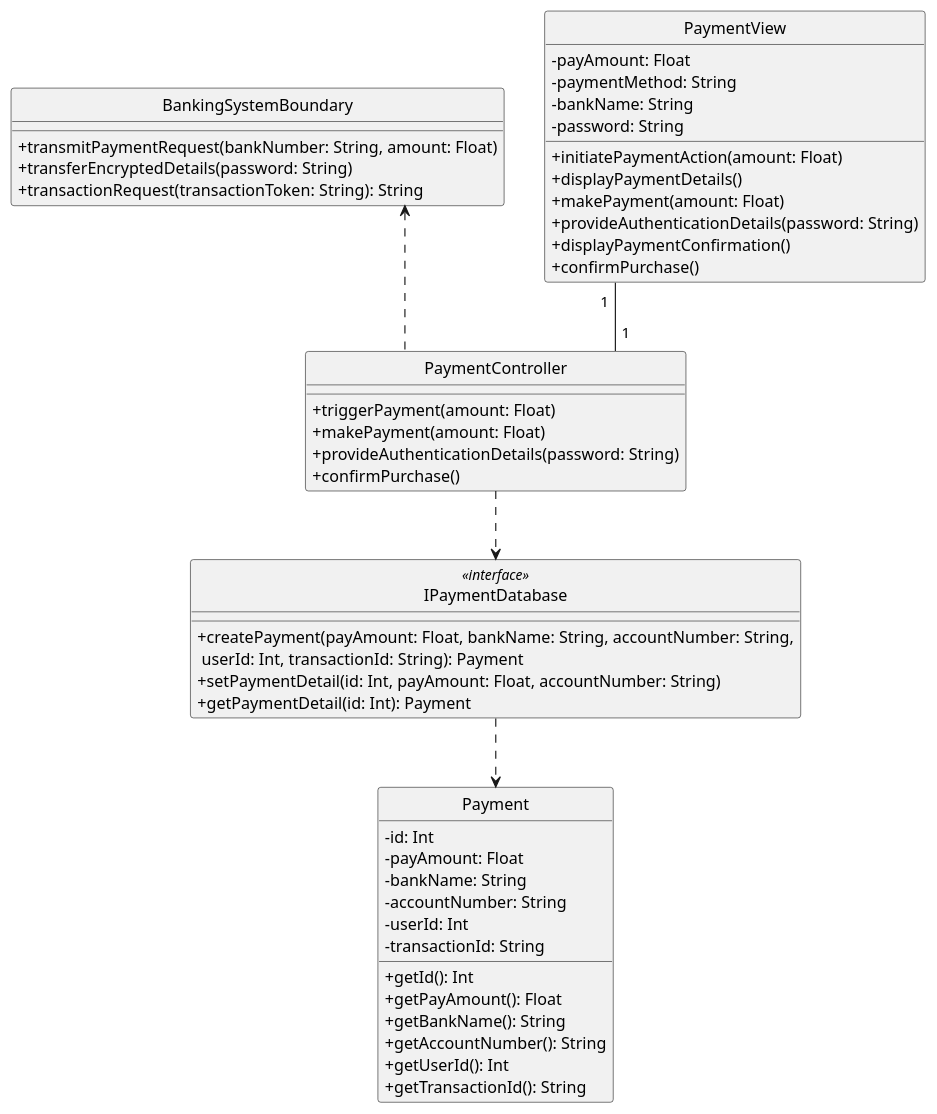
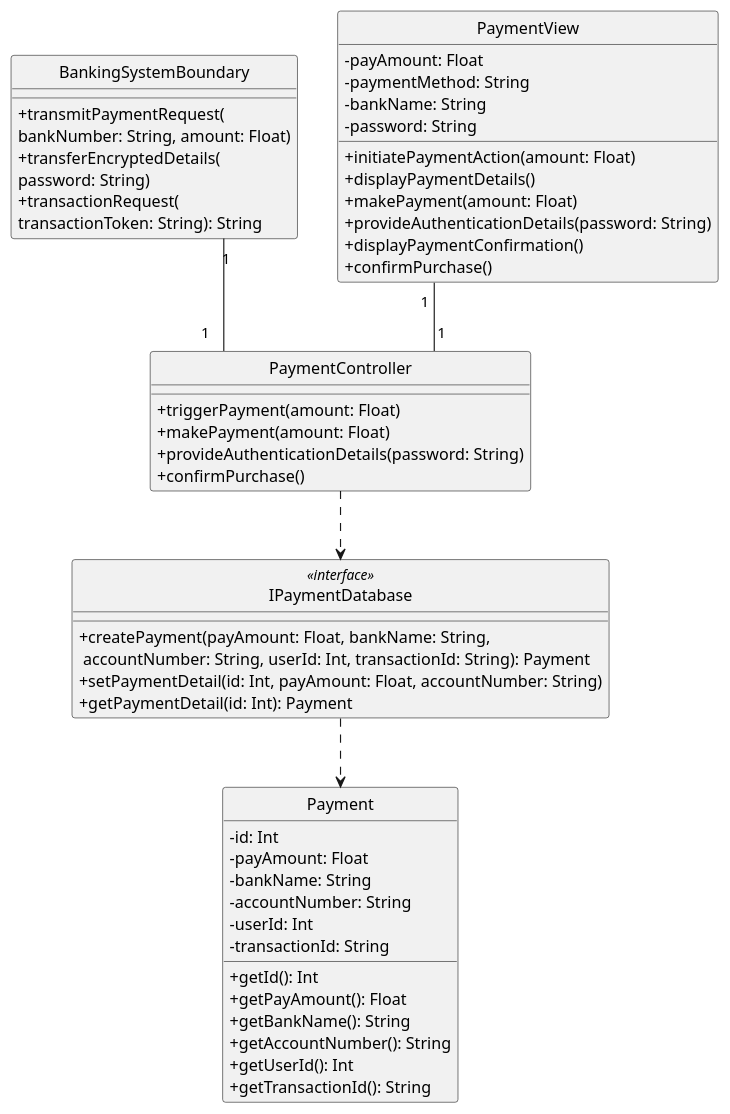
One commit to anhbanlinhle/velocity-exchange changed the diagram in uml/design/class/linh/make_payment.puml. Above: the diagram before and after it, drawn with PlantUML. The commit also changed 5 other files, not shown here.

```diff
--- a/uml/design/class/linh/make_payment.puml
+++ b/uml/design/class/linh/make_payment.puml
@@ -1,66 +1,66 @@
 @startuml 
 skinparam classAttributeIconSize 0
 skinparam linetype ortho
 hide circle
 class PaymentView {
     - payAmount: Float
     - paymentMethod: String
     - bankName: String
     - password: String
 
     + initiatePaymentAction(amount: Float)
     + displayPaymentDetails()
     + makePayment(amount: Float)
     + provideAuthenticationDetails(password: String)
     + displayPaymentConfirmation()
     + confirmPurchase()
 
     }
 
 class PaymentController {
     + triggerPayment(amount: Float)
     + makePayment(amount: Float)
     + provideAuthenticationDetails(password: String)
     + confirmPurchase()
 
     }
 
 class Payment {
     - id: Int
     - payAmount: Float
     - bankName: String
     - accountNumber: String
     - userId: Int
     - transactionId: String
 
     + getId(): Int
     + getPayAmount(): Float
     + getBankName(): String
     + getAccountNumber(): String
     + getUserId(): Int
     + getTransactionId(): String
 
     }
 
 class BankingSystemBoundary {
-    + transmitPaymentRequest(bankNumber: String, amount: Float)
-    + transferEncryptedDetails(password: String)
-    + transactionRequest(transactionToken: String): String
+    + transmitPaymentRequest(\nbankNumber: String, amount: Float)
+    + transferEncryptedDetails(\npassword: String)
+    + transactionRequest(\ntransactionToken: String): String
 
     }
 
 class IPaymentDatabase <<interface>> {
-    + createPayment(payAmount: Float, bankName: String, accountNumber: String,\n userId: Int, transactionId: String): Payment
+    + createPayment(payAmount: Float, bankName: String, \n accountNumber: String, userId: Int, transactionId: String): Payment
     + setPaymentDetail(id: Int, payAmount: Float, accountNumber: String)
     + getPaymentDetail(id: Int): Payment
     }
 
 PaymentView "1" -d- "1" PaymentController
 
 PaymentController ..d> IPaymentDatabase
 
-PaymentController ..u> BankingSystemBoundary
+PaymentController "1" -u- "1" BankingSystemBoundary
 
 IPaymentDatabase ..d> Payment
 
 @enduml
```
